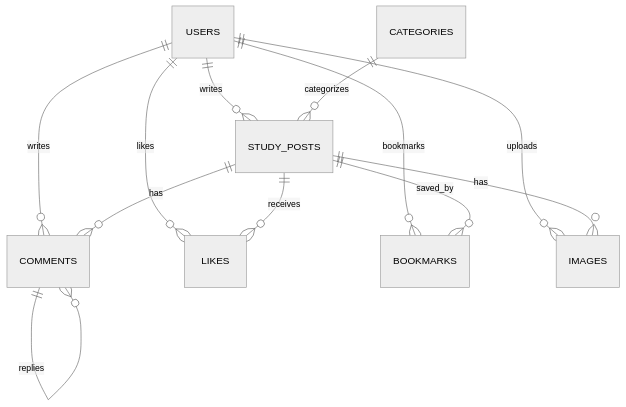
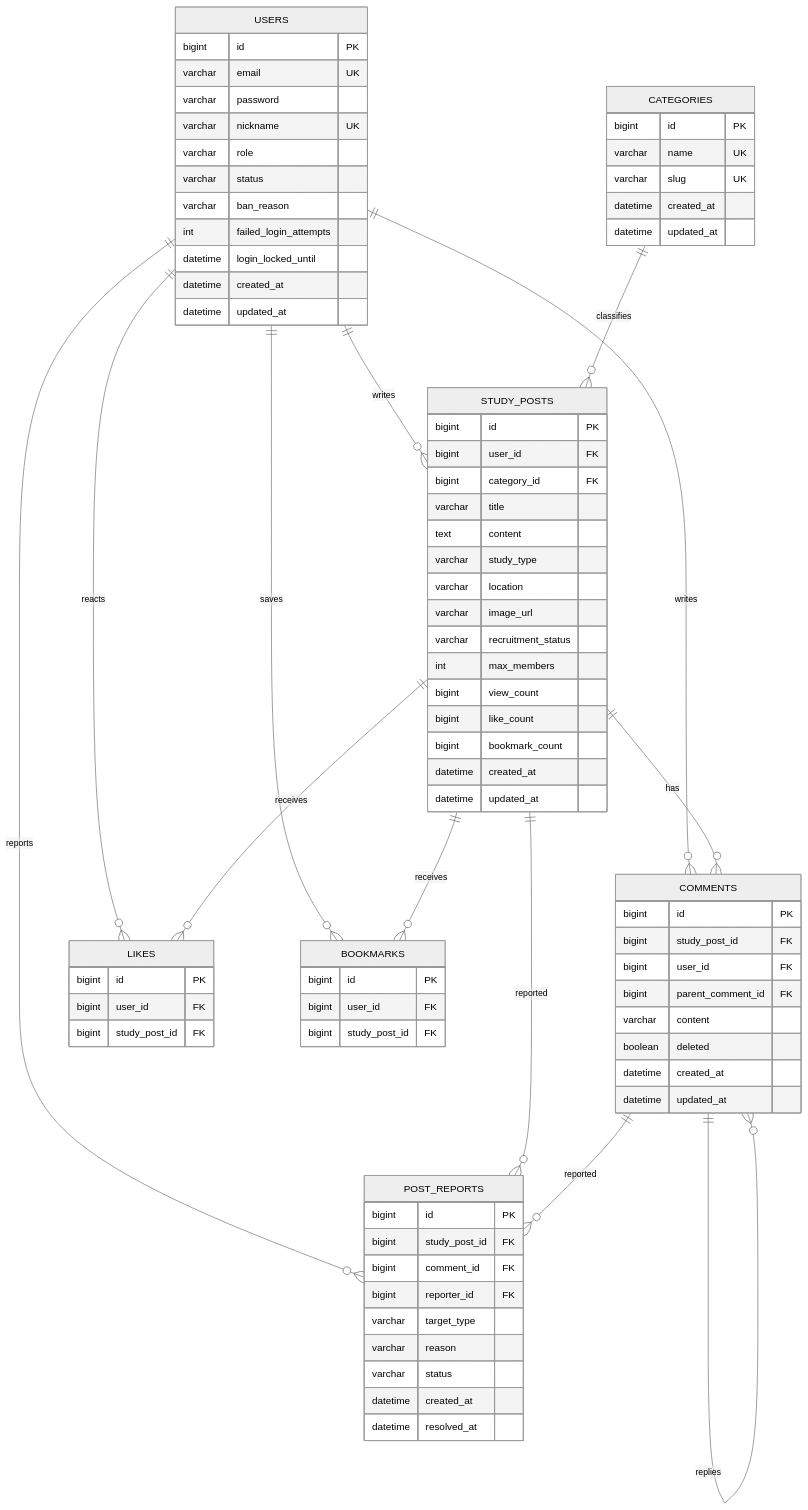
Before and after one commit to lingshanel/study-moim: the diagram in docs/ERD.md, drawn with Mermaid (neutral theme). The commit also changed other lines of this file and 112 other files, not shown here.

````diff
--- a/docs/ERD.md
+++ b/docs/ERD.md
@@ -8,16 +6,89 @@
 erDiagram
   USERS ||--o{ STUDY_POSTS : writes
   USERS ||--o{ COMMENTS : writes
-  USERS ||--o{ LIKES : likes
-  USERS ||--o{ BOOKMARKS : bookmarks
-  USERS ||--o{ IMAGES : uploads
-
-  CATEGORIES ||--o{ STUDY_POSTS : categorizes
-
+  USERS ||--o{ LIKES : reacts
+  USERS ||--o{ BOOKMARKS : saves
+  USERS ||--o{ POST_REPORTS : reports
+  CATEGORIES ||--o{ STUDY_POSTS : classifies
   STUDY_POSTS ||--o{ COMMENTS : has
   STUDY_POSTS ||--o{ LIKES : receives
-  STUDY_POSTS ||--o{ BOOKMARKS : saved_by
-  STUDY_POSTS ||--o{ IMAGES : has
+  STUDY_POSTS ||--o{ BOOKMARKS : receives
+  STUDY_POSTS ||--o{ POST_REPORTS : reported
+  COMMENTS ||--o{ COMMENTS : replies
+  COMMENTS ||--o{ POST_REPORTS : reported
 
-  COMMENTS ||--o{ COMMENTS : replies
+  USERS {
+    bigint id PK
+    varchar email UK
+    varchar password
+    varchar nickname UK
+    varchar role
+    varchar status
+    varchar ban_reason
+    int failed_login_attempts
+    datetime login_locked_until
+    datetime created_at
+    datetime updated_at
+  }
+
+  CATEGORIES {
+    bigint id PK
+    varchar name UK
+    varchar slug UK
+    datetime created_at
+    datetime updated_at
+  }
+
+  STUDY_POSTS {
+    bigint id PK
+    bigint user_id FK
+    bigint category_id FK
+    varchar title
+    text content
+    varchar study_type
+    varchar location
+    varchar image_url
+    varchar recruitment_status
+    int max_members
+    bigint view_count
+    bigint like_count
+    bigint bookmark_count
+    datetime created_at
+    datetime updated_at
+  }
+
+  COMMENTS {
+    bigint id PK
+    bigint study_post_id FK
+    bigint user_id FK
+    bigint parent_comment_id FK
+    varchar content
+    boolean deleted
+    datetime created_at
+    datetime updated_at
+  }
+
+  LIKES {
+    bigint id PK
+    bigint user_id FK
+    bigint study_post_id FK
+  }
+
+  BOOKMARKS {
+    bigint id PK
+    bigint user_id FK
+    bigint study_post_id FK
+  }
+
+  POST_REPORTS {
+    bigint id PK
+    bigint study_post_id FK
+    bigint comment_id FK
+    bigint reporter_id FK
+    varchar target_type
+    varchar reason
+    varchar status
+    datetime created_at
+    datetime resolved_at
+  }
 ```
````
